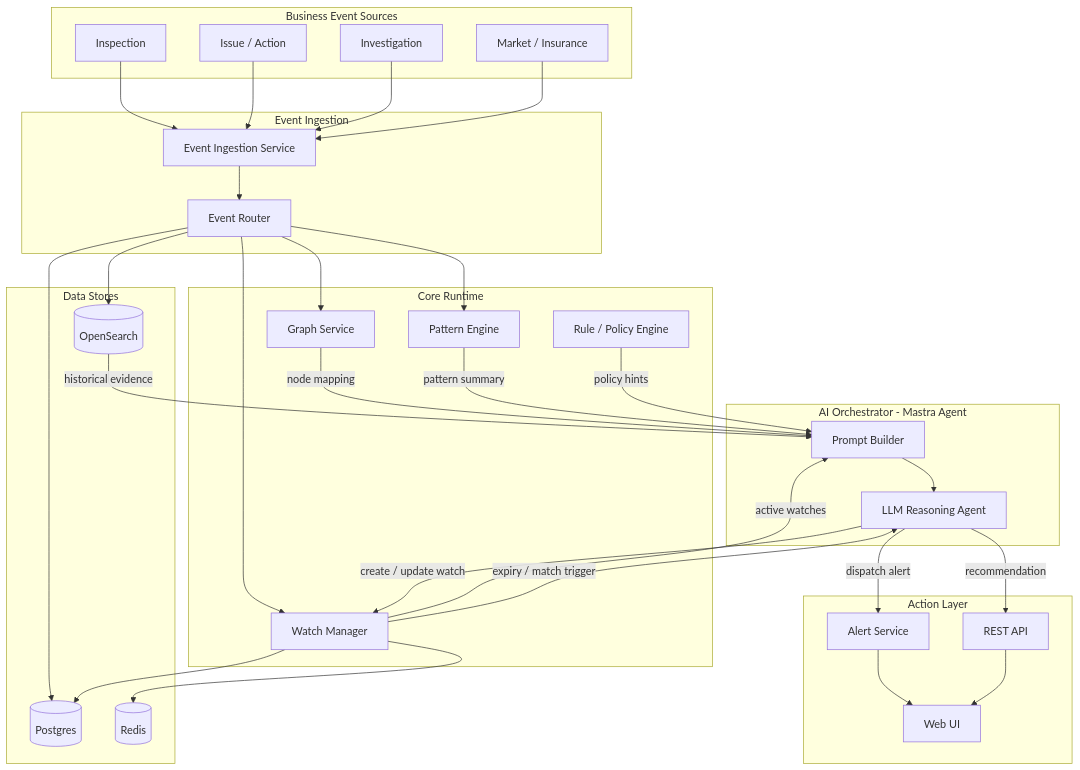
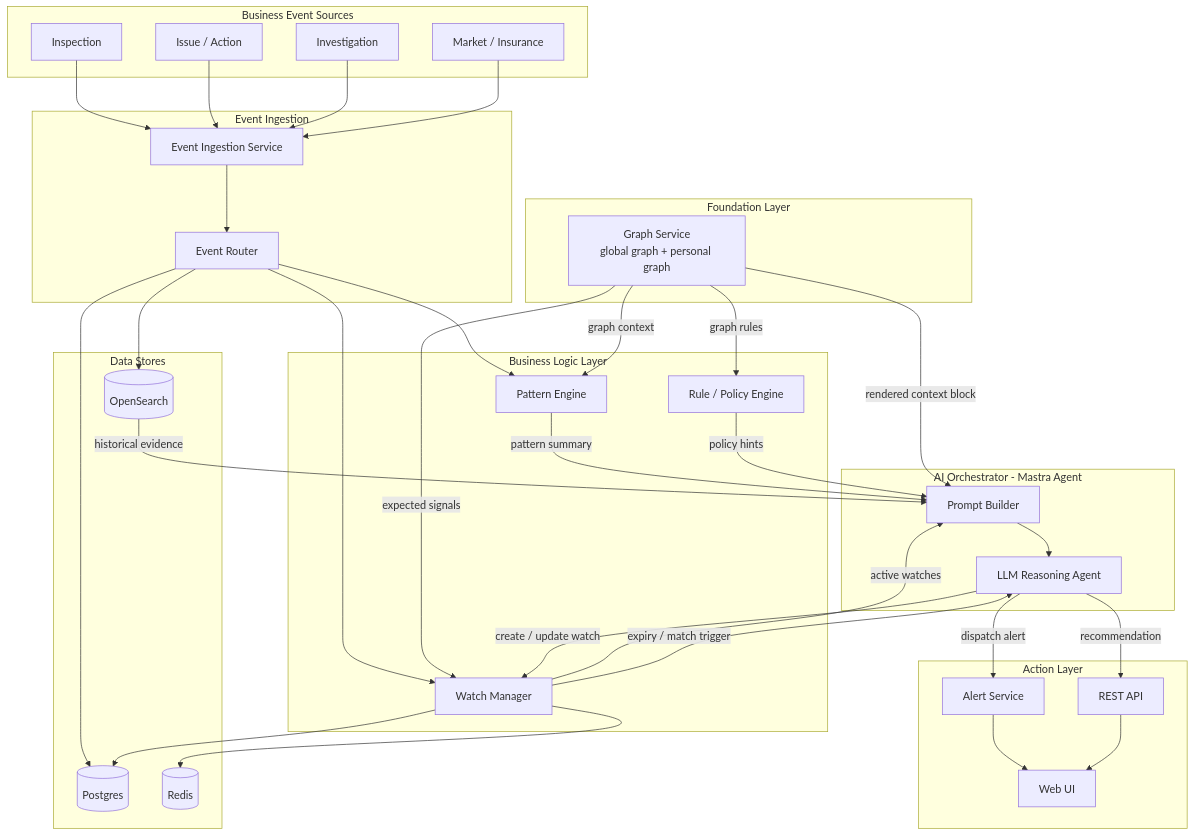
The diagram in docs/components.md (maxshuang/Bpollo), drawn with Mermaid before and after one commit. The commit also changed other lines of this file, not shown here.

Commit message:
Refactor architecture layers and add inter-service API contracts to components doc

````diff
--- a/docs/components.md
+++ b/docs/components.md
@@ -9,68 +9,74 @@
 ```mermaid
 flowchart TD
     subgraph Sources[Business Event Sources]
         S1[Inspection]
         S2[Issue / Action]
         S3[Investigation]
         S4[Market / Insurance]
     end
 
     subgraph Ingestion[Event Ingestion]
         EI[Event Ingestion Service]
         ER[Event Router]
     end
 
-    subgraph Runtime[Core Runtime]
-        GS[Graph Service]
+    subgraph Foundation[Foundation Layer]
+        GS[Graph Service\nglobal graph + personal graph]
+    end
+
+    subgraph Runtime[Business Logic Layer]
         PE[Pattern Engine]
         WM[Watch Manager]
         RP[Rule / Policy Engine]
     end
 
     subgraph AI[AI Orchestrator - Mastra Agent]
         PB[Prompt Builder]
         AG[LLM Reasoning Agent]
     end
 
     subgraph Stores[Data Stores]
         PG[(Postgres)]
         OS[(OpenSearch)]
         RD[(Redis)]
     end
 
     subgraph Output[Action Layer]
         AL[Alert Service]
         API[REST API]
         WEB[Web UI]
     end
 
     S1 --> EI
     S2 --> EI
     S3 --> EI
     S4 --> EI
 
     EI --> ER
-    ER --> GS
     ER --> PE
     ER --> WM
     ER --> PG
     ER --> OS
 
-    GS -->|node mapping| PB
+    GS -->|graph context| PE
+    GS -->|expected signals| WM
+    GS -->|graph rules| RP
+    GS -->|rendered context block| PB
+
     PE -->|pattern summary| PB
     WM -->|active watches| PB
+    RP -->|policy hints| PB
     OS -->|historical evidence| PB
-    RP -->|policy hints| PB
 
     PB --> AG
     AG -->|create / update watch| WM
     AG -->|dispatch alert| AL
     AG -->|recommendation| API
 
     WM -->|expiry / match trigger| AG
     WM --> PG
     WM --> RD
 
     AL --> WEB
     API --> WEB
 ```
````
